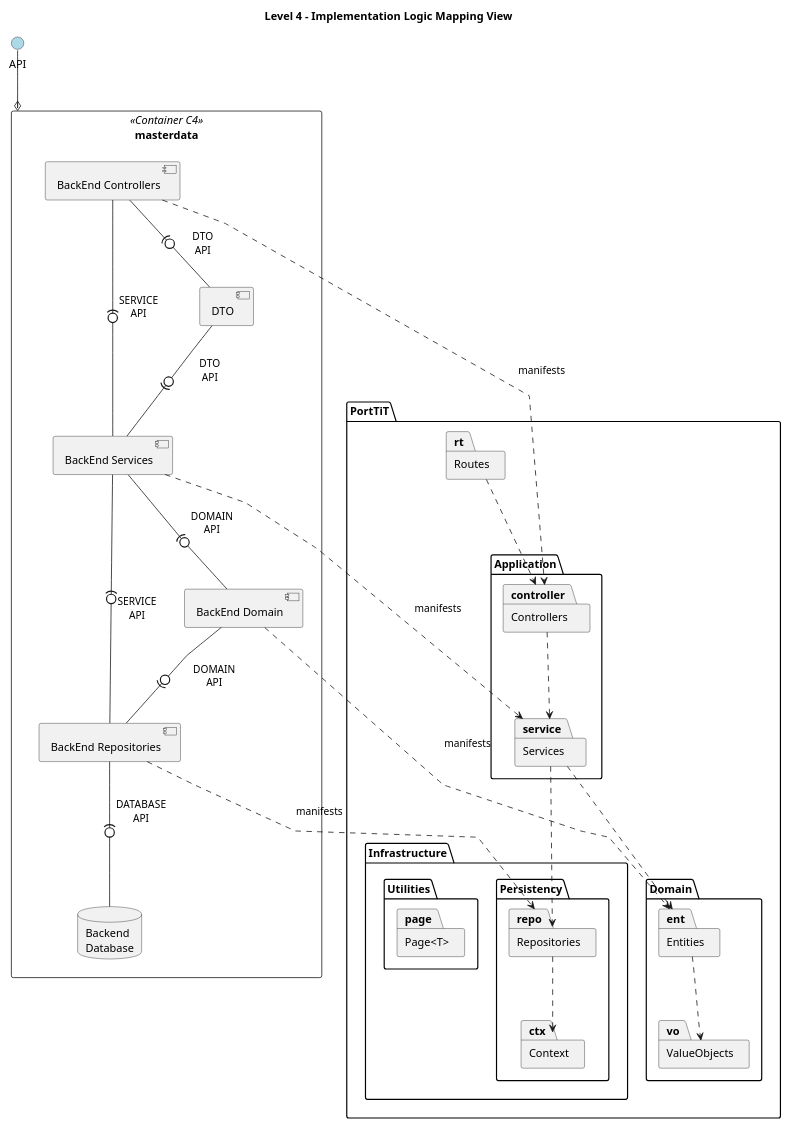
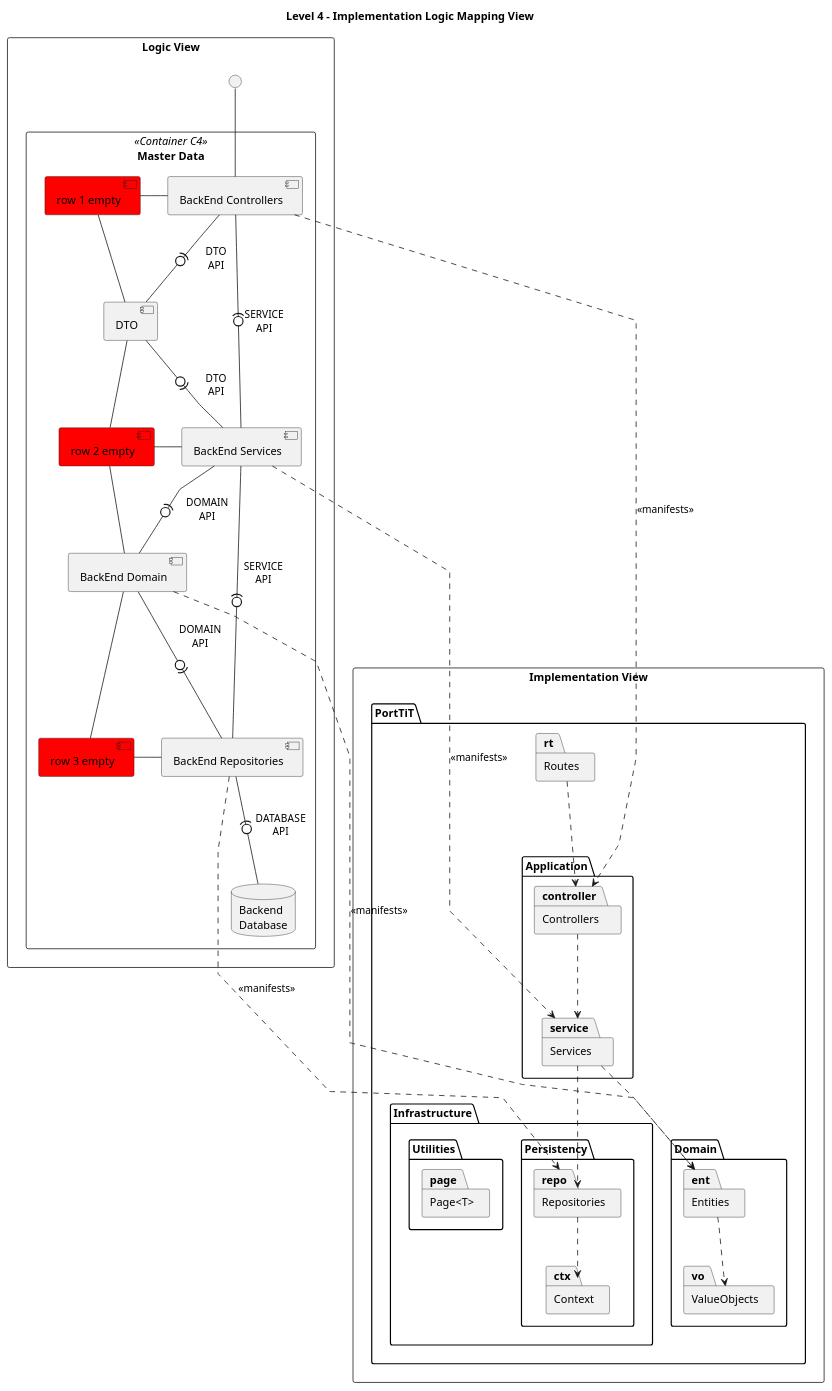
One commit to BernasDzn/portit changed the diagram in docs/sprint_1/global_artifacts/arquitecture/level_4/mapping_view/l4_implementation_logic_mapping_view.puml. Above: the diagram before and after it, drawn with PlantUML. The commit also changed 5 other files, not shown here.

Commit message:
docs(arquitecture): fixed controller ouside API as empty object to represent future UI's

```diff
--- a/docs/sprint_1/global_artifacts/arquitecture/level_4/mapping_view/l4_implementation_logic_mapping_view.puml
+++ b/docs/sprint_1/global_artifacts/arquitecture/level_4/mapping_view/l4_implementation_logic_mapping_view.puml
@@ -1,113 +1,116 @@
 @startuml mapping_view_n4
 skinparam Linetype polyline
 
 title Level 4 - Implementation Logic Mapping View
 
-package "PortTiT" {
+rectangle "Implementation View" {
+    package "PortTiT" {
 
-    package "Routes" as rt {
-
-    }
-
-    package "Application" {
-        package "Controllers" as controller {
+        package "Routes" as rt {
 
         }
 
-        package "Services" as service{
-
-        }
-    }
-
-    package "Infrastructure"{
-
-        package "Persistency" {
-
-            package "Repositories" as repo {
+        package "Application" {
+            package "Controllers" as controller {
 
             }
 
-            package "Context" as ctx {
+            package "Services" as service{
 
             }
         }
 
-        package "Utilities" {
+        package "Infrastructure"{
 
-            package "Page<T>" as page {
+            package "Persistency" {
+
+                package "Repositories" as repo {
+
+                }
+
+                package "Context" as ctx {
+
+                }
+            }
+
+            package "Utilities" {
+
+                package "Page<T>" as page {
+
+                }
+            }
+        }
+
+        package "Domain"{
+            package "Entities" as ent {
+
+            }
+
+            package "ValueObjects" as vo {
 
             }
         }
     }
 
-    package "Domain"{
-        package "Entities" as ent {
+    controller ..> service
+    service ..> repo
+    service ..> ent
 
-        }
+    ent ..> vo
 
-        package "ValueObjects" as vo {
-
-        }
-    }
+    repo ..> ctx
+    rt ..> controller
 }
 
-controller ..> service
-service ..> repo
-service ..> ent
+rectangle "Logic View"{
+    circle " " as api
 
-ent ..> vo
+    rectangle "Master Data" as masterdata <<Container C4>> {
+        
+        [row 1 empty] as empty1 #red
+        [BackEnd Controllers] as controller2
 
-repo ..> ctx
-rt ..> controller
+        [BackEnd Services] as service2
+        [row 2 empty] as empty2 #red
 
-circle "API" as api #LightBlue
+        [BackEnd Repositories] as repository
+        [row 3 empty] as empty3 #red
 
-api --o masterdata
+        [DTO] as dtos
+        [BackEnd Domain] as domain
+        database "Backend\nDatabase" as database
 
-rectangle "Master Data" as masterdata <<Container C4>> {
-	
-	[row 1 empty] as empty1 #red
-	[BackEnd Controllers] as controller2
+        hide empty1
+        hide empty2
+        hide empty3
+    } 
 
-	[BackEnd Services] as service2
-	[row 2 empty] as empty2 #red
+    ' row one
+    api -- controller2
+    controller2 -d(0- dtos : "DTO\nAPI"
+    controller2 -(0- service2 : "SERVICE\nAPI"
+    empty1 -l- controller2
+    empty1 -d- dtos
 
-	[BackEnd Repositories] as repository
-	[row 3 empty] as empty3 #red
+    ' row three
+    service2 -u(0- dtos : "DTO\nAPI"
+    empty2 -l- service2
+    empty2 -u- dtos
 
-	[DTO] as dtos
-	[BackEnd Domain] as domain
-	database "Backend\nDatabase" as database
+    'row four
+    service2 -d(0- repository : "SERVICE\nAPI"
+    service2 -(0- domain : "DOMAIN\nAPI"
+    repository -u(0- domain : "DOMAIN\nAPI"
+    empty3 -l- repository
+    empty2 -d- domain
+    empty3 -u- domain
 
-	hide empty1
-	hide empty2
-	hide empty3
-} 
+    repository -d(0- database : "DATABASE\nAPI"
+}
 
-' row one 
-controller2 -d(0- dtos : "DTO\nAPI"
-controller2 -(0- service2 : "SERVICE\nAPI"
-empty1 -l- controller2
-empty1 -d- dtos
-
-' row three
-service2 -u(0- dtos : "DTO\nAPI"
-empty2 -l- service2
-empty2 -u- dtos
-
-'row four
-service2 -d(0- repository : "SERVICE\nAPI"
-service2 -(0- domain : "DOMAIN\nAPI"
-repository -u(0- domain : "DOMAIN\nAPI"
-empty3 -l- repository
-empty2 -d- domain
-empty3 -u- domain
-
-repository -d(0- database : "DATABASE\nAPI"
-
-controller2 ..> controller : "manifests"
-service2 ..> service : "manifests"
-repository ..> repo : "manifests"
-domain ..> ent : "manifests"
+controller2 ....> controller : "<<manifests>>"
+service2 ....> service : "<<manifests>>"
+repository ....> repo : "<<manifests>>"
+domain ....> ent : "<<manifests>>"
 
 @enduml
```
